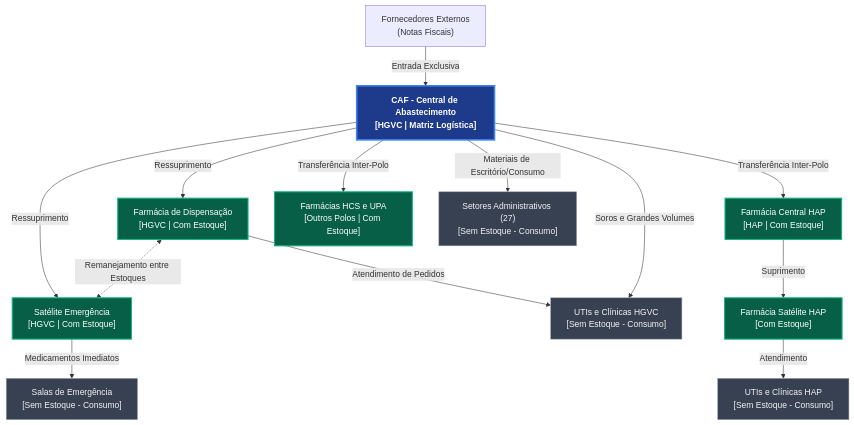
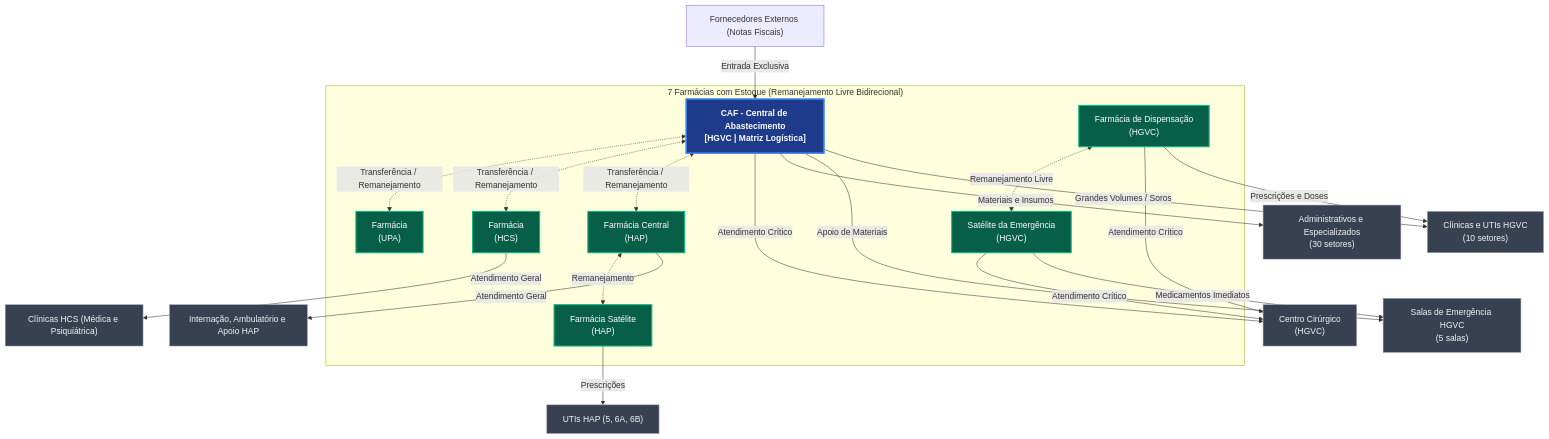
Before and after one commit to progest-hgvca/backend-progest-base: the diagram in docs/mapeamento_fluxo_setores.md, drawn with Mermaid. The commit also changed other lines of this file, not shown here.

````diff
--- a/docs/mapeamento_fluxo_setores.md
+++ b/docs/mapeamento_fluxo_setores.md
@@ -68,26 +130,44 @@
 ```mermaid
 graph TD
     classDef caf fill:#1e3a8a,stroke:#3b82f6,stroke-width:3px,color:#fff,font-weight:bold
     classDef estoque fill:#065f46,stroke:#10b981,stroke-width:2px,color:#fff
     classDef semEstoque fill:#374151,stroke:#9ca3af,color:#f3f4f6
 
-    NF["Fornecedores Externos\n(Notas Fiscais)"] -->|Entrada Exclusiva| CAF["CAF - Central de Abastecimento\n[HGVC | Matriz Logística]"]:::caf
+    %% Entrada Exclusiva
+    NF["Fornecedores Externos (Notas Fiscais)"] -->|Entrada Exclusiva| CAF["CAF - Central de Abastecimento\n[HGVC | Matriz Logística]"]:::caf
 
-    %% CAF abastece setores com estoque
-    CAF -->|Ressuprimento| DISP["Farmácia de Dispensação\n[HGVC | Com Estoque]"]:::estoque
-    CAF -->|Ressuprimento| SAT_EMERG["Satélite Emergência\n[HGVC | Com Estoque]"]:::estoque
-    CAF -->|Transferência Inter-Polo| FARM_HAP["Farmácia Central HAP\n[HAP | Com Estoque]"]:::estoque
-    CAF -->|Transferência Inter-Polo| FARM_HCS["Farmácias HCS e UPA\n[Outros Polos | Com Estoque]"]:::estoque
+    %% Farmácias com Estoque (7 setores)
+    subgraph SETORES_COM_ESTOQUE ["7 Farmácias com Estoque (Remanejamento Livre Bidirecional)"]
+        CAF
+        DISP["Farmácia de Dispensação\n(HGVC)"]:::estoque
+        SAT_EMERG["Satélite da Emergência\n(HGVC)"]:::estoque
+        FARM_HAP["Farmácia Central\n(HAP)"]:::estoque
+        SAT_HAP["Farmácia Satélite\n(HAP)"]:::estoque
+        FARM_HCS["Farmácia\n(HCS)"]:::estoque
+        FARM_UPA["Farmácia\n(UPA)"]:::estoque
+    end
 
-    %% CAF e Setores com estoque abastecem setores sem estoque
-    DISP -->|Atendimento de Pedidos| UTIS["UTIs e Clínicas HGVC\n[Sem Estoque - Consumo]"]:::semEstoque
-    SAT_EMERG -->|Medicamentos Imediatos| EMERG["Salas de Emergência\n[Sem Estoque - Consumo]"]:::semEstoque
-    CAF -->|Soros e Grandes Volumes| UTIS
-    CAF -->|Materiais de Escritório/Consumo| ADM["Setores Administrativos (27)\n[Sem Estoque - Consumo]"]:::semEstoque
+    %% Setores sem Estoque HGVC
+    DISP -->|Prescrições e Doses| UTIS_HGVC["Clínicas e UTIs HGVC\n(10 setores)"]:::semEstoque
+    CAF -->|Grandes Volumes / Soros| UTIS_HGVC
+    SAT_EMERG -->|Medicamentos Imediatos| EMERG_HGVC["Salas de Emergência HGVC\n(5 salas)"]:::semEstoque
+    CAF -->|Apoio de Materiais| EMERG_HGVC
+    CAF -->|Materiais e Insumos| ADM_HGVC["Administrativos e Especializados\n(30 setores)"]:::semEstoque
 
-    FARM_HAP -->|Suprimento| SAT_HAP["Farmácia Satélite HAP\n[Com Estoque]"]:::estoque
-    SAT_HAP -->|Atendimento| UTI_HAP["UTIs e Clínicas HAP\n[Sem Estoque - Consumo]"]:::semEstoque
+    %% Centro Cirúrgico pega de todas
+    DISP & SAT_EMERG & CAF -->|Atendimento Crítico| CC_HGVC["Centro Cirúrgico\n(HGVC)"]:::semEstoque
 
-    %% Remanejamento entre setores com estoque
-    DISP <-.->|Remanejamento entre Estoques| SAT_EMERG
+    %% Setores sem Estoque HAP
+    SAT_HAP -->|Prescrições| UTIS_HAP["UTIs HAP (5, 6A, 6B)"]:::semEstoque
+    FARM_HAP -->|Atendimento Geral| INTERN_HAP["Internação, Ambulatório e Apoio HAP"]:::semEstoque
+
+    %% Setores sem Estoque HCS
+    FARM_HCS -->|Atendimento Geral| CLIN_HCS["Clínicas HCS (Médica e Psiquiátrica)"]:::semEstoque
+
+    %% Remanejamento entre as farmácias
+    DISP <-.->|Remanejamento Livre| SAT_EMERG
+    CAF <-.->|Transferência / Remanejamento| FARM_HAP
+    CAF <-.->|Transferência / Remanejamento| FARM_HCS
+    CAF <-.->|Transferência / Remanejamento| FARM_UPA
+    FARM_HAP <-.->|Remanejamento| SAT_HAP
 ```
````
